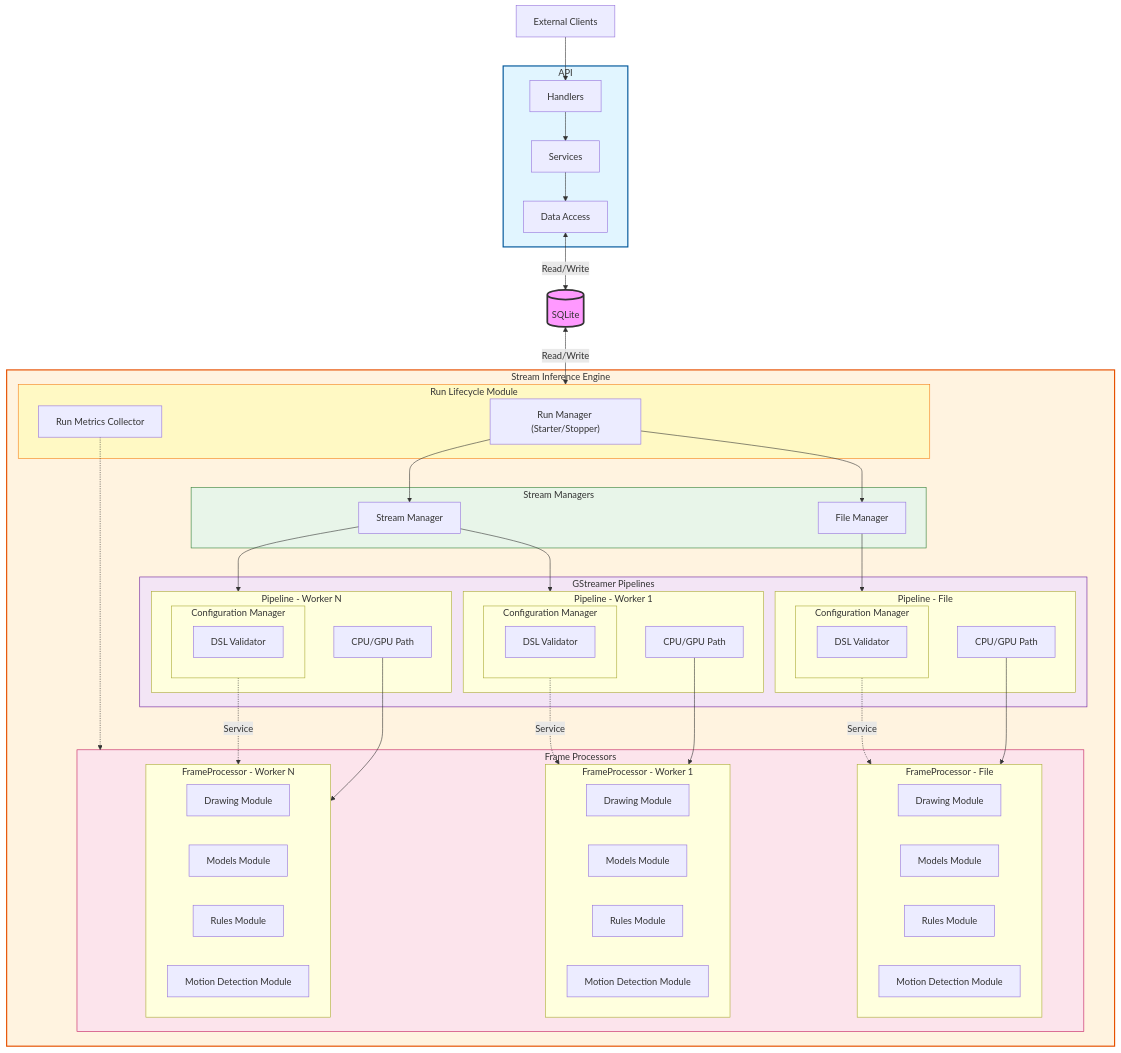
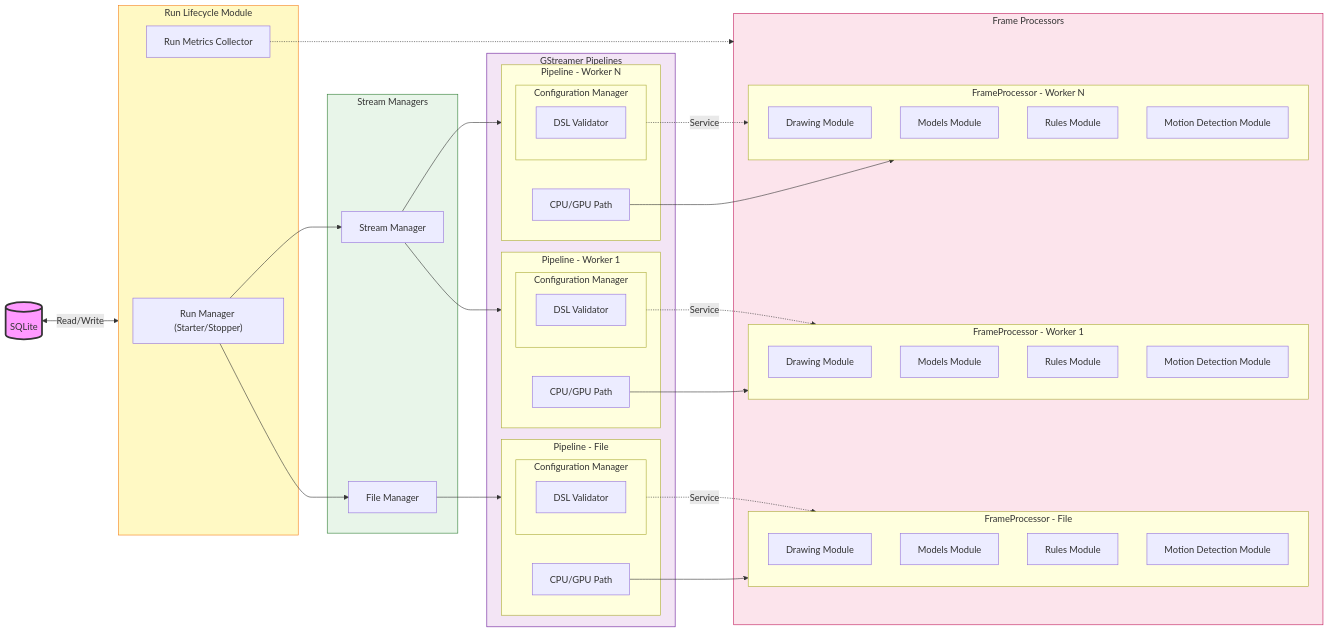
One commit to MrtC101/stream-inference-engine changed the second of 2 diagrams in docs/2_architecture.es.md. Above: the diagram before and after it, drawn with Mermaid. The commit also changed other lines of this file, not shown here.

````diff
--- a/docs/2_architecture.es.md
+++ b/docs/2_architecture.es.md
@@ -18,75 +29,60 @@
 ```mermaid
-graph TB
-    subgraph API["API"]
-        API_Handlers[Handlers]
-        API_Services[Services]
-        API_Data[Data Access]
-    end
-
+graph LR
     Database[(SQLite)]
 
-    subgraph StreamEngine["Stream Inference Engine"]
-        subgraph Lifecycle["Run Lifecycle Module"]
-            Run_Manager["Run Manager (Starter/Stopper)"]
-            Run_Metrics[Run Metrics Collector]
-        end
-        
-        subgraph Managers["Stream Managers"]
-            StreamMgr[Stream Manager]
-            FileMgr[File Manager]
-        end
-        
-        subgraph Pipelines["GStreamer Pipelines"]
-            subgraph Pipeline_File["Pipeline - File"]
-                CPUGPUPath_File[CPU/GPU Path]
-                subgraph ConfigMgr_File["Configuration Manager"]
-                    DSL_File[DSL Validator]
-                end
-            end
-            subgraph Pipeline_W1["Pipeline - Worker 1"]
-                CPUGPUPath_W1[CPU/GPU Path]
-                subgraph ConfigMgr_W1["Configuration Manager"]
-                    DSL_W1[DSL Validator]
-                end
-            end
-            subgraph Pipeline_WN["Pipeline - Worker N"]
-                CPUGPUPath_WN[CPU/GPU Path]
-                subgraph ConfigMgr_WN["Configuration Manager"]
-                    DSL_WN[DSL Validator]
-                end
+    subgraph Lifecycle["Run Lifecycle Module"]
+        Run_Manager["Run Manager (Starter/Stopper)"]
+        Run_Metrics[Run Metrics Collector]
+    end
+    
+    subgraph Managers["Stream Managers"]
+        StreamMgr[Stream Manager]
+        FileMgr[File Manager]
+    end
+    
+    subgraph Pipelines["GStreamer Pipelines"]
+        subgraph Pipeline_File["Pipeline - File"]
+            CPUGPUPath_File[CPU/GPU Path]
+            subgraph ConfigMgr_File["Configuration Manager"]
+                DSL_File[DSL Validator]
             end
         end
-        
-        subgraph Processors["Frame Processors"]
-            subgraph FP_File["FrameProcessor - File"]
-                FP_File_Draw[Drawing Module]
-                FP_File_Model[Models Module]
-                FP_File_Rules[Rules Module]
-                FP_File_Motion[Motion Detection Module]
+        subgraph Pipeline_W1["Pipeline - Worker 1"]
+            CPUGPUPath_W1[CPU/GPU Path]
+            subgraph ConfigMgr_W1["Configuration Manager"]
+                DSL_W1[DSL Validator]
             end
-            
-            subgraph FP_W1["FrameProcessor - Worker 1"]
-                FP_W1_Draw[Drawing Module]
-                FP_W1_Model[Models Module]
-                FP_W1_Rules[Rules Module]
-                FP_W1_Motion[Motion Detection Module]
-            end
-            
-            subgraph FP_WN["FrameProcessor - Worker N"]
-                FP_WN_Draw[Drawing Module]
-                FP_WN_Model[Models Module]
-                FP_WN_Rules[Rules Module]
-                FP_WN_Motion[Motion Detection Module]
+        end
+        subgraph Pipeline_WN["Pipeline - Worker N"]
+            CPUGPUPath_WN[CPU/GPU Path]
+            subgraph ConfigMgr_WN["Configuration Manager"]
+                DSL_WN[DSL Validator]
             end
         end
     end
-
-    %% Conexiones API con exterior
-    External[External Clients] --> API_Handlers
-
-    %% Flujo interno API (3 niveles)
-    API_Handlers --> API_Services
-    API_Services --> API_Data
+    
+    subgraph Processors["Frame Processors"]
+        subgraph FP_File["FrameProcessor - File"]
+            FP_File_Draw[Drawing Module]
+            FP_File_Model[Models Module]
+            FP_File_Rules[Rules Module]
+            FP_File_Motion[Motion Detection Module]
+        end
+        
+        subgraph FP_W1["FrameProcessor - Worker 1"]
+            FP_W1_Draw[Drawing Module]
+            FP_W1_Model[Models Module]
+            FP_W1_Rules[Rules Module]
+            FP_W1_Motion[Motion Detection Module]
+        end
+        
+        subgraph FP_WN["FrameProcessor - Worker N"]
+            FP_WN_Draw[Drawing Module]
+            FP_WN_Model[Models Module]
+            FP_WN_Rules[Rules Module]
+            FP_WN_Motion[Motion Detection Module]
+        end
+    end
 
     %% Run Lifecycle delega a Stream Managers
     Run_Manager --> StreamMgr
@@ -112,12 +108,9 @@
     Run_Metrics -.-> Processors
 
     %% Conexiones con la Base de Datos
-    API_Data <-->|Read/Write| Database
     Database <-->|Read/Write| Lifecycle
 
     style Database fill:#f9f,stroke:#333,stroke-width:3px
-    style API fill:#e1f5ff,stroke:#01579b,stroke-width:2px
-    style StreamEngine fill:#fff3e0,stroke:#e65100,stroke-width:2px
     style Lifecycle fill:#fff9c4,stroke:#f57f17,stroke-width:1px
     style Managers fill:#e8f5e9,stroke:#2e7d32,stroke-width:1px
     style Pipelines fill:#f3e5f5,stroke:#6a1b9a,stroke-width:1px
````
